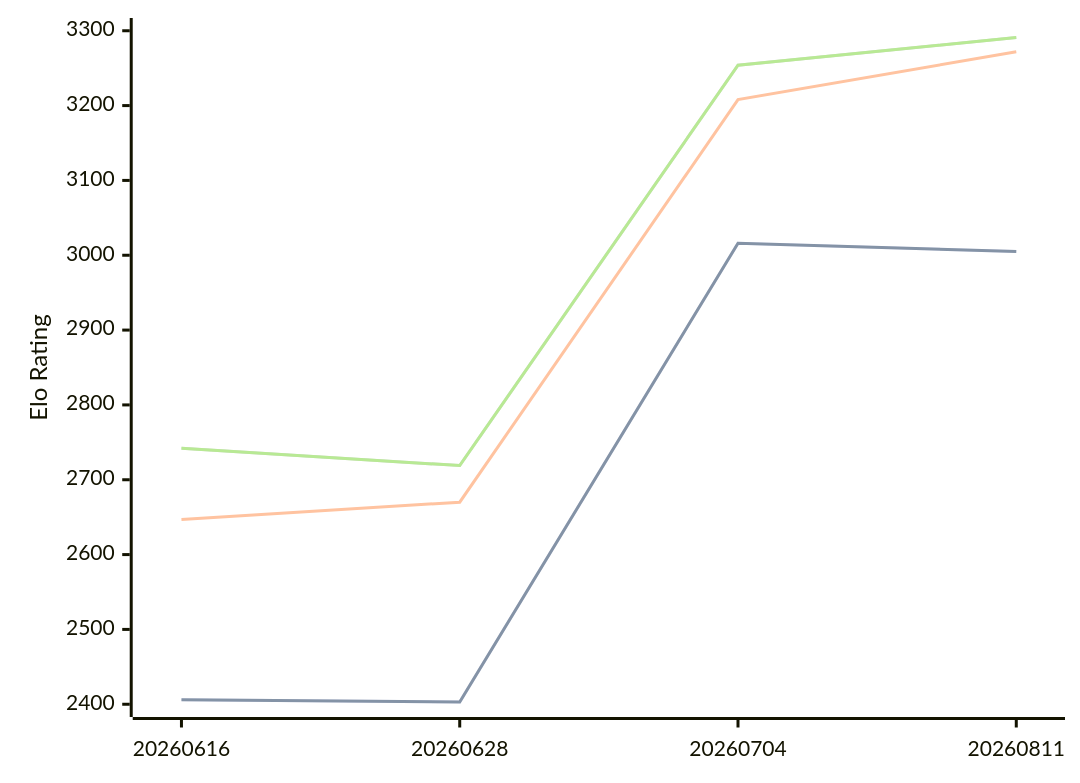
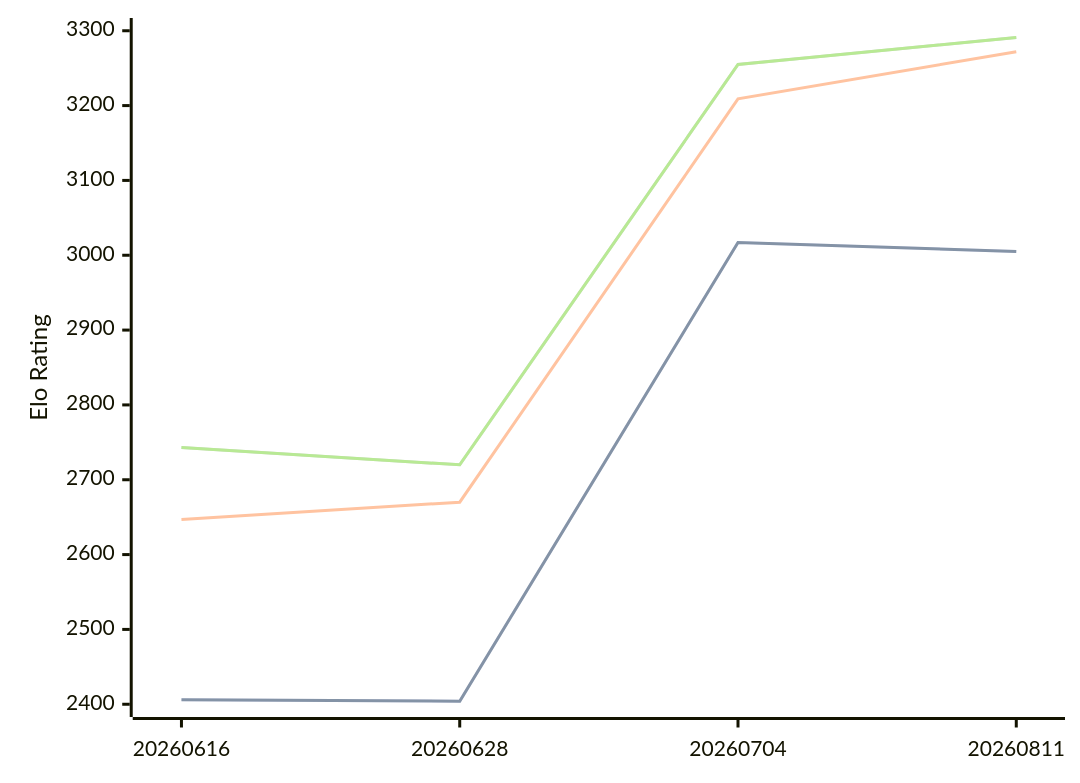
Before and after one commit to computer-chess-index/cci: the diagram in engines/Askaig.md, drawn with Mermaid. The commit also changed other lines of this file, not shown here.

Commit message:
Update CCI Ratings (ELO VLTC) - 2026-08-29

````diff
--- a/engines/Askaig.md
+++ b/engines/Askaig.md
@@ -36,11 +36,11 @@
 ```mermaid
 %%{init: {"theme":"base","themeVariables":{"seriesColors:['#a3a3a3','#222221','#faa371']}}}%%
 xychart-beta
   x-axis ["20260616", "20260628", "20260704", "20260811"]
   y-axis "Elo Rating" 2400 --> 3300
-  line "" [2406, 2403, 3016, 3005]
-  line "STC (8.0+0.08s)" [2406, 2403, 3016, 3005]
-  line "LTC (60.0+0.60s)" [2647, 2670, 3208, 3272]
-  line "" [2742, 2719, 3254, 3291]
-  line "VLTC (2m24s+1.12s)" [2742, 2719, 3254, 3291]
+  line "" [2406, 2404, 3017, 3005]
+  line "STC (8.0+0.08s)" [2406, 2404, 3017, 3005]
+  line "LTC (60.0+0.60s)" [2647, 2670, 3209, 3272]
+  line "" [2743, 2720, 3255, 3291]
+  line "VLTC (2m24s+1.12s)" [2743, 2720, 3255, 3291]
 ```
````
